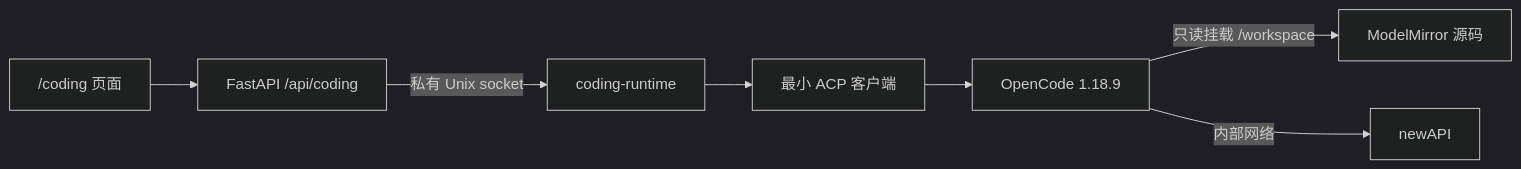
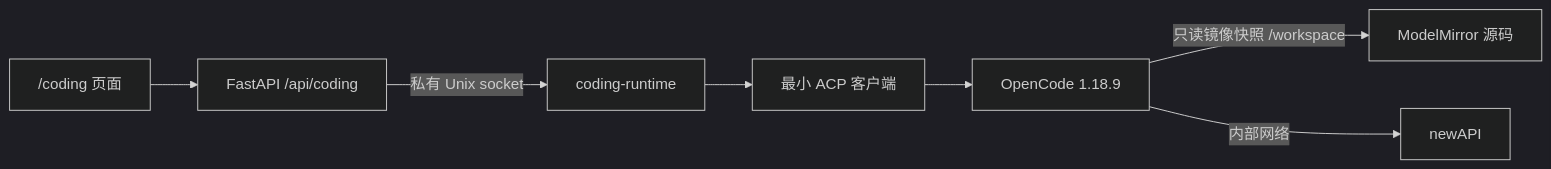
Before and after one commit to PinkElf-Elysia/ModelMirror: the diagram in docs/CODING_AGENT_INTEGRATION.md, drawn with Mermaid (dark theme). The commit also changed other lines of this file and 4 other files, not shown here.

````diff
--- a/docs/CODING_AGENT_INTEGRATION.md
+++ b/docs/CODING_AGENT_INTEGRATION.md
@@ -27,9 +27,9 @@
 ```mermaid
 flowchart LR
   UI["/coding 页面"] --> API["FastAPI /api/coding"]
   API -->|"私有 Unix socket"| WORKER["coding-runtime"]
   WORKER --> ACP["最小 ACP 客户端"]
   ACP --> OC["OpenCode 1.18.9"]
-  OC -->|"只读挂载 /workspace"| REPO["ModelMirror 源码"]
+  OC -->|"只读镜像快照 /workspace"| REPO["ModelMirror 源码"]
   OC -->|"内部网络"| GW["newAPI"]
 ```
````
